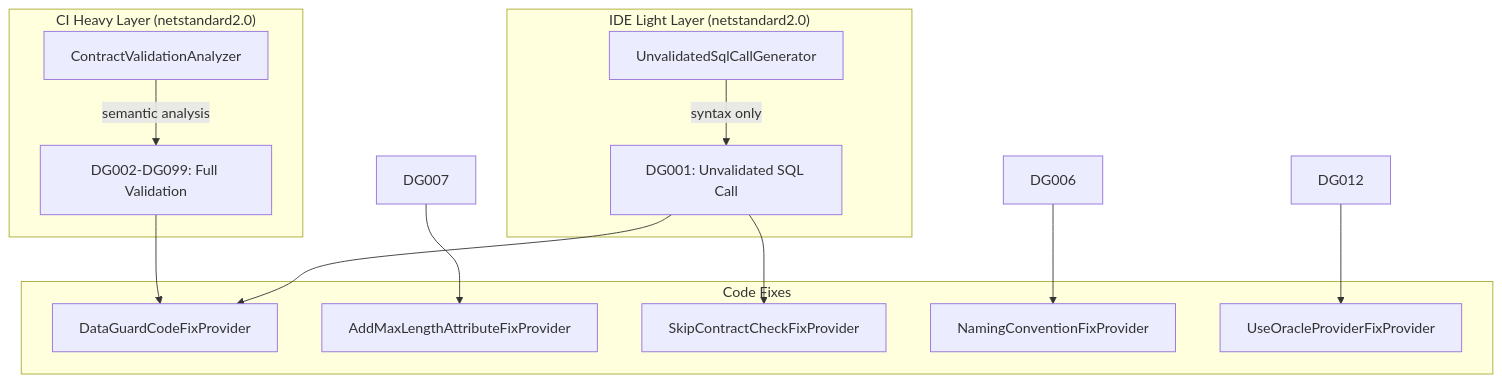
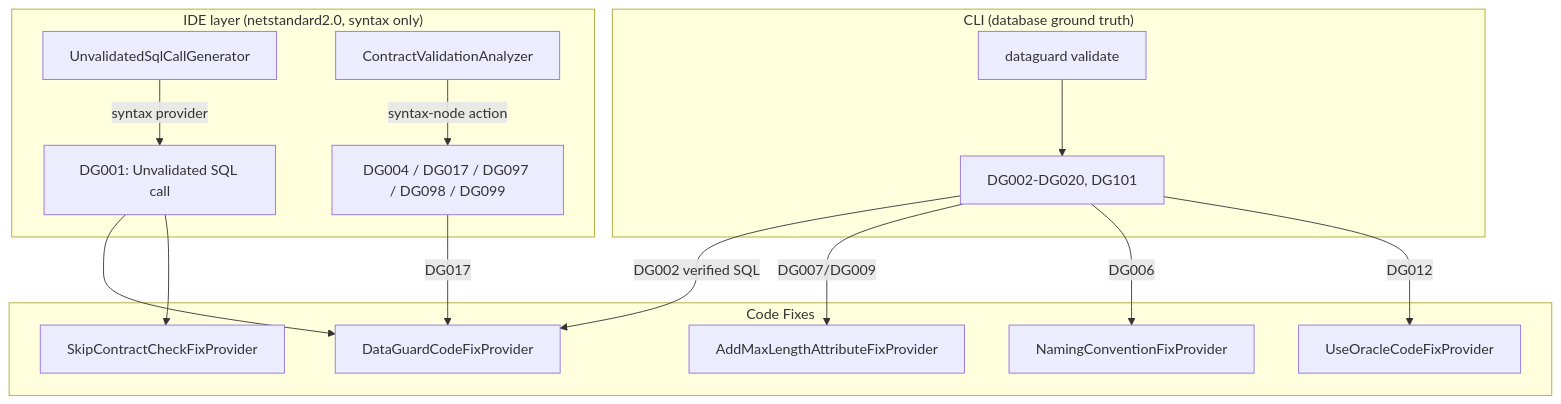
One commit to thanhnt-sm/eco_support_net_oracle changed the diagram in docs/03-components/tooling/analyzers.md. Above: the diagram before and after it, drawn with Mermaid. The commit also changed other lines of this file and 408 other files, not shown here.

````diff
--- a/docs/03-components/tooling/analyzers.md
+++ b/docs/03-components/tooling/analyzers.md
@@ -7,30 +10,34 @@
 ```mermaid
 graph TB
-    subgraph "IDE Light Layer (netstandard2.0)"
+    subgraph "IDE layer (netstandard2.0, syntax only)"
         UG[UnvalidatedSqlCallGenerator]
-        DG001[DG001: Unvalidated SQL Call]
+        CVA[ContractValidationAnalyzer]
+        DG001[DG001: Unvalidated SQL call]
+        HEUR[DG004 / DG017 / DG097 / DG098 / DG099]
     end
 
-    subgraph "CI Heavy Layer (netstandard2.0)"
-        CVA[ContractValidationAnalyzer]
-        DG002-DG099[DG002-DG099: Full Validation]
+    subgraph "CLI (database ground truth)"
+        CLI[dataguard validate]
+        ENGINE[DG002-DG020, DG101]
     end
 
     subgraph "Code Fixes"
         CFP[DataGuardCodeFixProvider]
         MAFP[AddMaxLengthAttributeFixProvider]
         SCFP[SkipContractCheckFixProvider]
         NCFP[NamingConventionFixProvider]
-        UOFP[UseOracleProviderFixProvider]
+        UOFP[UseOracleCodeFixProvider]
     end
 
-    UG -->|syntax only| DG001
-    CVA -->|semantic analysis| DG002-DG099
+    UG -->|syntax provider| DG001
+    CVA -->|syntax-node action| HEUR
+    CLI --> ENGINE
 
     DG001 --> CFP
-    DG002-DG099 --> CFP
-    DG007 --> MAFP
     DG001 --> SCFP
-    DG006 --> NCFP
-    DG012 --> UOFP
+    HEUR -->|DG017| CFP
+    ENGINE -->|DG002 verified SQL| CFP
+    ENGINE -->|DG007/DG009| MAFP
+    ENGINE -->|DG006| NCFP
+    ENGINE -->|DG012| UOFP
 ```
````
